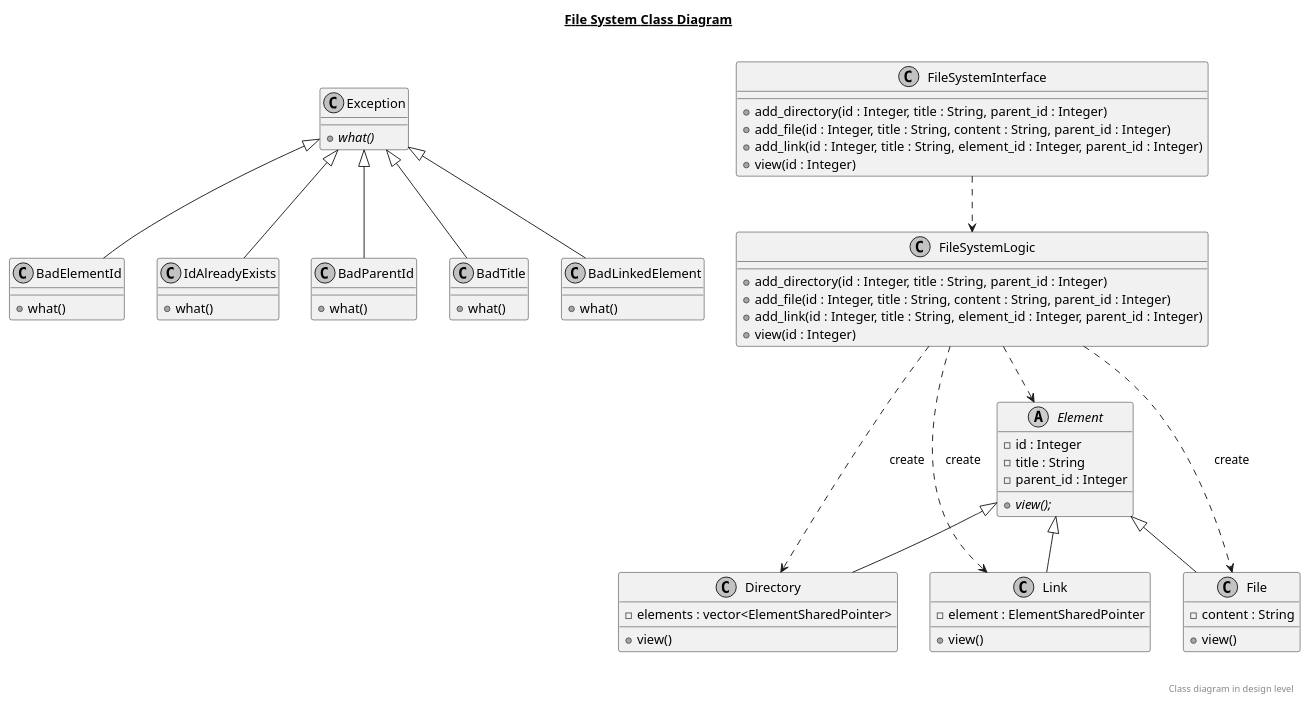
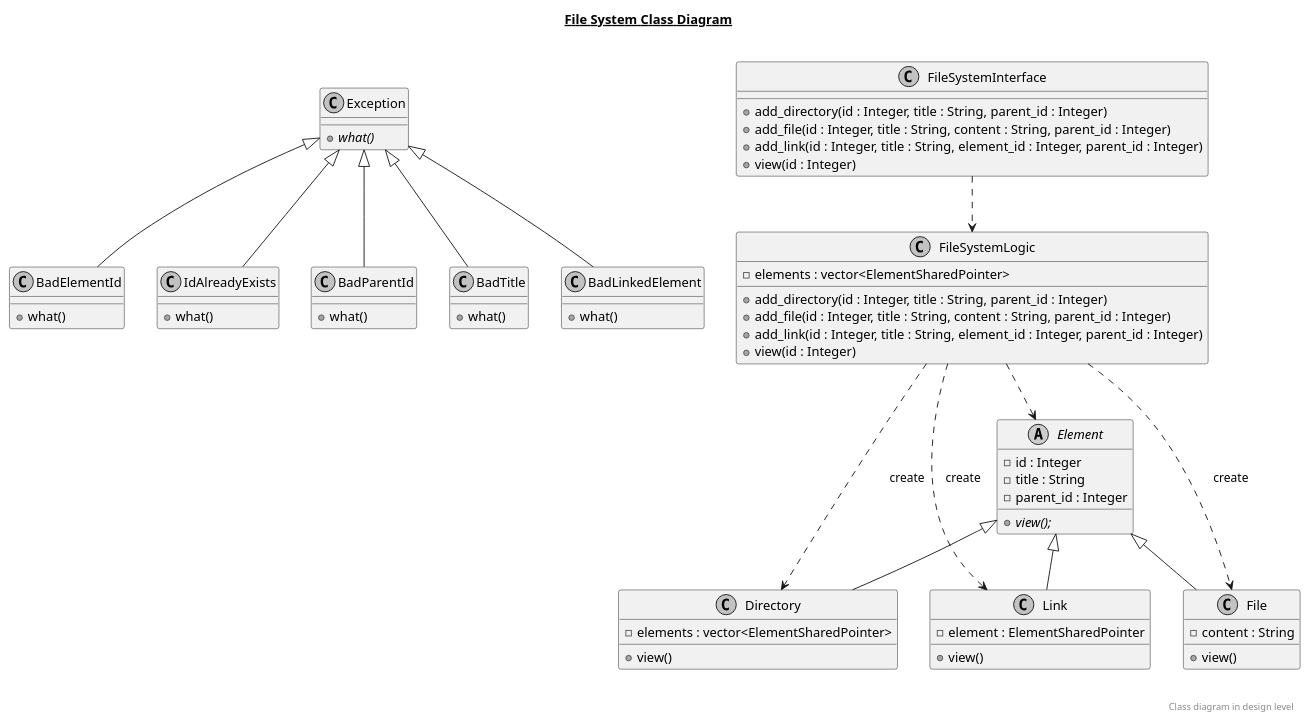
Before and after one commit to Moridi/AP-Spring-98-CA-6-Inheritance: the diagram in Part-2/diagram.puml, drawn with PlantUML. The commit also changed 3 other files, not shown here.

Commit message:
Add class diagram for part 3 and edit diagram 2

```diff
--- a/Part-2/diagram.puml
+++ b/Part-2/diagram.puml
@@ -1,90 +1,91 @@
 @startuml
 
 skinparam Monochrome true
 
 title __File System Class Diagram__\n
 
 
 class FileSystemInterface {
     + add_directory(id : Integer, title : String, parent_id : Integer)
     + add_file(id : Integer, title : String, content : String, parent_id : Integer)
     + add_link(id : Integer, title : String, element_id : Integer, parent_id : Integer)
     + view(id : Integer)
 }
 
 class FileSystemLogic {
+    - elements : vector<ElementSharedPointer>
     + add_directory(id : Integer, title : String, parent_id : Integer)
     + add_file(id : Integer, title : String, content : String, parent_id : Integer)
     + add_link(id : Integer, title : String, element_id : Integer, parent_id : Integer)
     + view(id : Integer)
 }
 
 abstract class Element {
     - id : Integer
     - title : String
     - parent_id : Integer
     {abstract} + view();
 }
 
 class Directory {
     - elements : vector<ElementSharedPointer>
     + view()
 }
 
 class File {
     - content : String
     + view()
 }
 
 class Link {
     - element : ElementSharedPointer
     + view()
 }
 
 class Exception {
     {abstract} + what()
 }
 
 class BadElementId {
     + what()
 }
 
 class IdAlreadyExists {
     + what()
 }
 
 class BadParentId {
     + what()
 }
 
 class BadTitle {
     + what()
 }
 
 class BadLinkedElement {
     + what()
 }
 
 FileSystemInterface ..> FileSystemLogic
 FileSystemLogic ..> Element
 FileSystemLogic ..> Directory: create
 FileSystemLogic ..> File: create
 FileSystemLogic ..> Link: create
 
 Directory -up-|> Element
 File -up-|> Element
 Link -up-|> Element
 
 BadElementId -up-|> Exception
 IdAlreadyExists -up-|> Exception
 BadParentId -up-|> Exception
 BadTitle -up-|> Exception
 BadLinkedElement -up-|> Exception
 
 right footer
 
 
     Class diagram in design level
 endfooter
 
 @enduml
```
